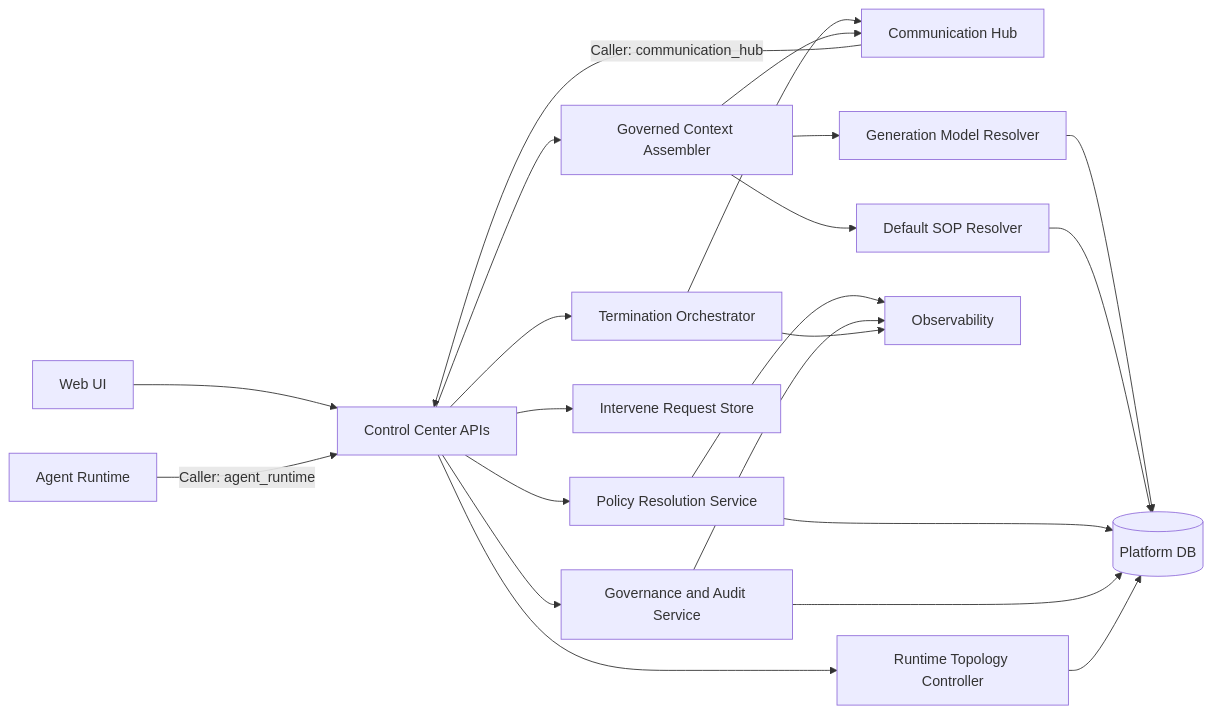
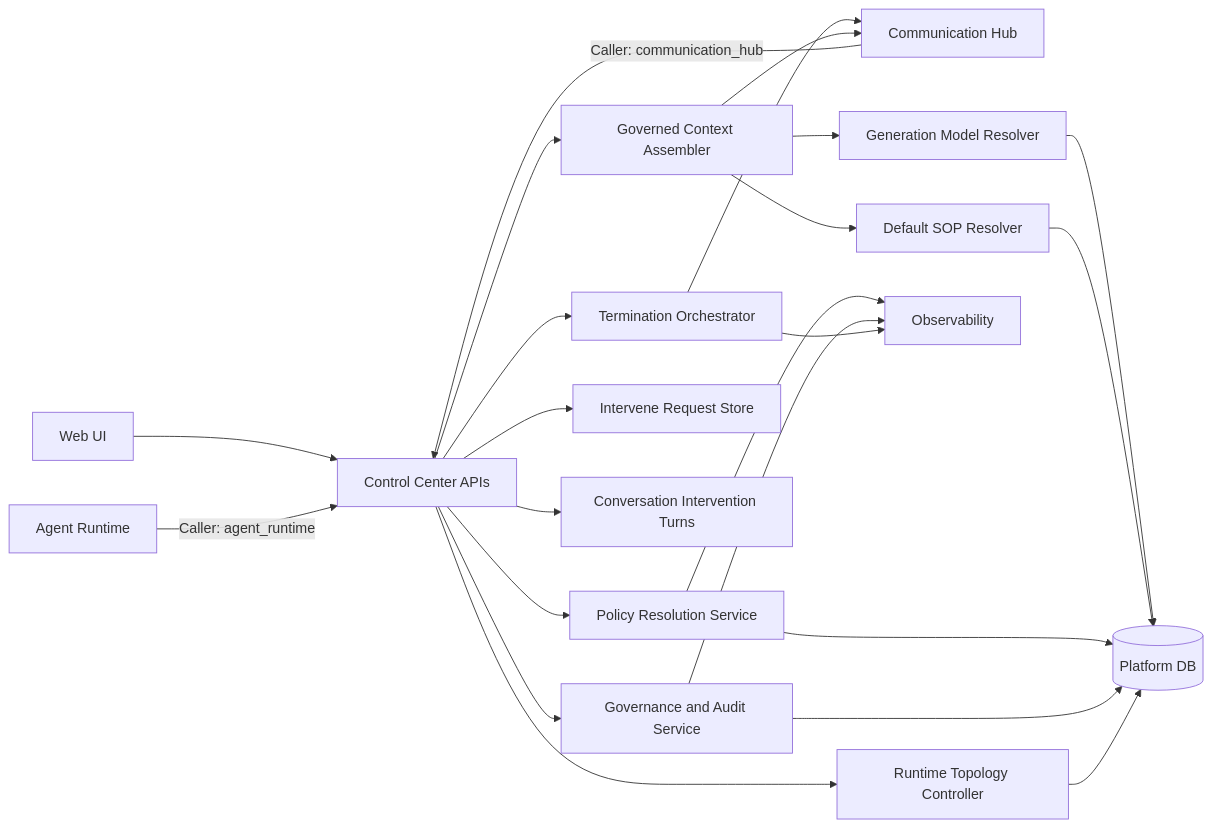
One commit to hurungang/parthenon changed the first of 2 diagrams in docs/master/architecture/modules/control-center/architecture.md. Above: the diagram before and after it, drawn with Mermaid. The commit also changed other lines of this file and 101 other files, not shown here.

````diff
--- a/docs/master/architecture/modules/control-center/architecture.md
+++ b/docs/master/architecture/modules/control-center/architecture.md
@@ -3,36 +3,37 @@
 ```mermaid
 flowchart LR
     UI[Web UI]
     CH[Communication Hub]
     AR[Agent Runtime]
     API[Control Center APIs]
     POL[Policy Resolution Service]
     CTX[Governed Context Assembler]
     CFG[Generation Model Resolver]
     SOP[Default SOP Resolver]
     GOV[Governance and Audit Service]
     DB[(Platform DB)]
     OBS[Observability]
 
     UI --> API
     CH -->|Caller: communication_hub| API
     AR -->|Caller: agent_runtime| API
     API --> POL
     API --> CTX
     API --> IRS[Intervene Request Store]
+    API --> CIT[Conversation Intervention Turns]
     API --> TOPO[Runtime Topology Controller]
     API --> TERM[Termination Orchestrator]
     CTX --> CFG
     CTX --> SOP
     CFG --> DB
     SOP --> DB
     API --> GOV
     POL --> DB
     GOV --> DB
     TOPO --> DB
     TERM --> CH
     CTX --> CH
     POL --> OBS
     GOV --> OBS
     TERM --> OBS
 ```
````
